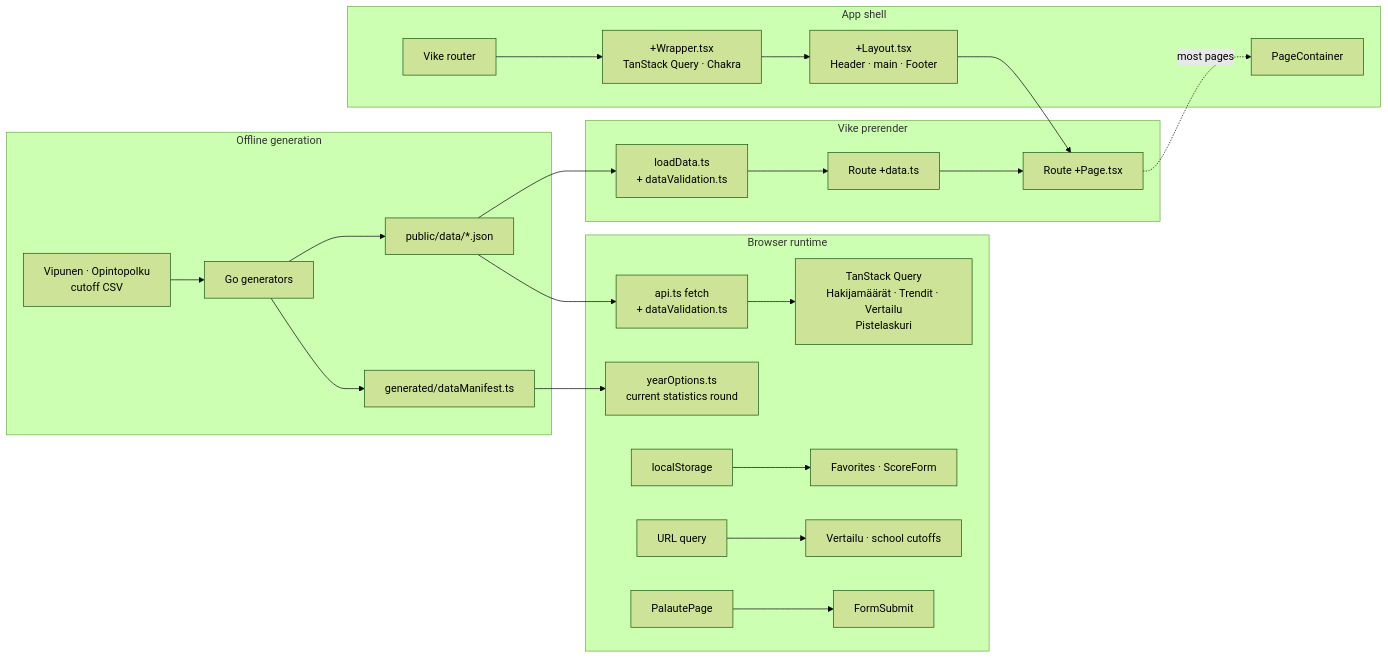
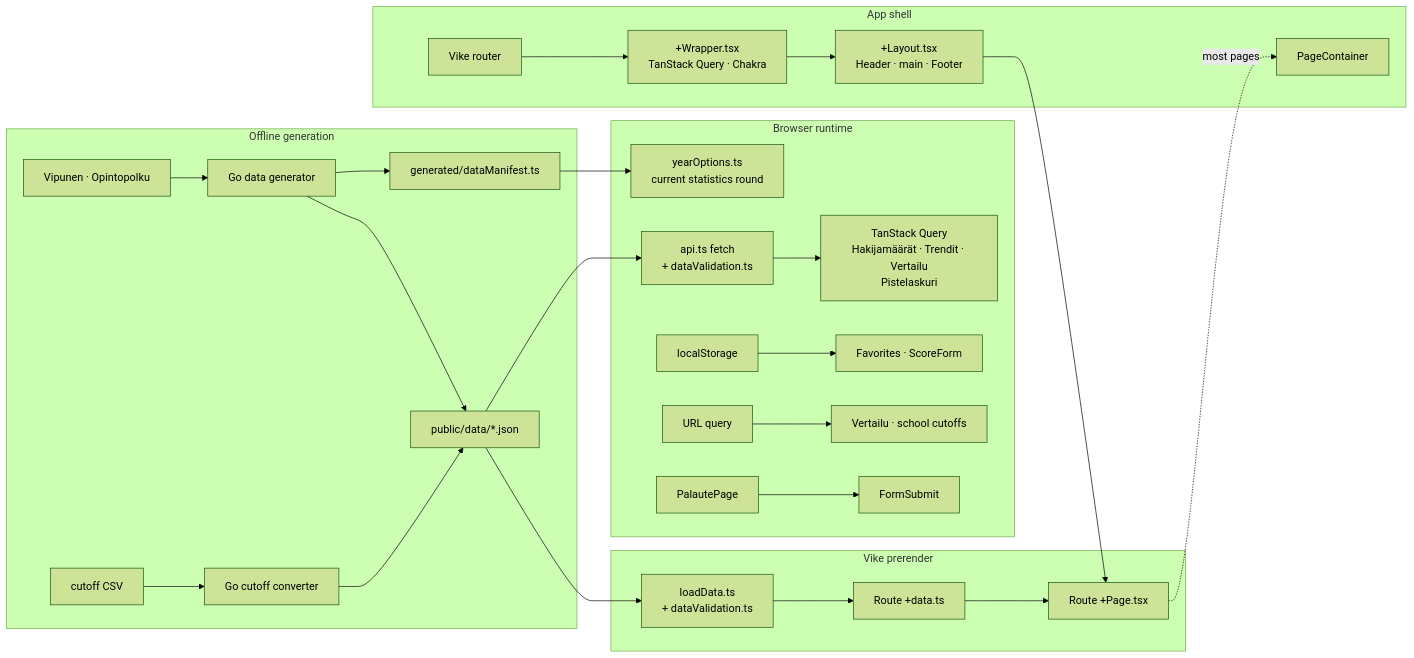
One commit to miko-kortelainen/koulutus-info changed the first of 2 diagrams in frontend/README.md. Above: the diagram before and after it, drawn with Mermaid (forest theme).

Commit message:
update frontend mermaid diagram

````diff
--- a/frontend/README.md
+++ b/frontend/README.md
@@ -39,30 +39,31 @@
 ```mermaid
 flowchart LR
   subgraph generation["Offline generation"]
-    sources["Vipunen · Opintopolku<br/>cutoff CSV"] --> generators["Go generators"]
-    generators --> json["public/data/*.json"]
-    generators --> manifest["generated/dataManifest.ts"]
+    sources["Vipunen · Opintopolku"] --> generator["Go data generator"]
+    generator --> json["public/data/*.json"]
+    generator --> manifest["generated/dataManifest.ts"]
+    cutoffCsv["cutoff CSV"] --> cutoffConverter["Go cutoff converter"] --> json
   end
 
   subgraph prerender["Vike prerender"]
     json --> serverData["loadData.ts<br/>+ dataValidation.ts"]
     serverData --> dataFunctions["Route +data.ts"]
     dataFunctions --> routePage["Route +Page.tsx"]
   end
 
   subgraph shell["App shell"]
     router["Vike router"] --> wrapper["+Wrapper.tsx<br/>TanStack Query · Chakra"]
     wrapper --> layout["+Layout.tsx<br/>Header · main · Footer"]
     layout --> routePage
     routePage -. most pages .-> container["PageContainer"]
   end
 
   subgraph runtime["Browser runtime"]
     json --> clientApi["api.ts fetch<br/>+ dataValidation.ts"]
     clientApi --> queries["TanStack Query<br/>Hakijamäärät · Trendit · Vertailu<br/>Pistelaskuri"]
     manifest --> yearOptions["yearOptions.ts<br/>current statistics round"]
     localStorage["localStorage"] --> persisted["Favorites · ScoreForm"]
     urlState["URL query"] --> urlPages["Vertailu · school cutoffs"]
     feedback["PalautePage"] --> formSubmit["FormSubmit"]
   end
 ```
````
